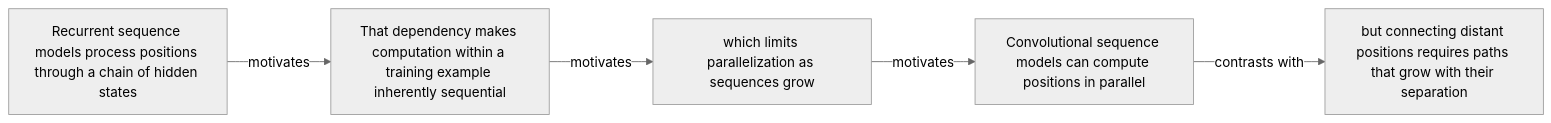
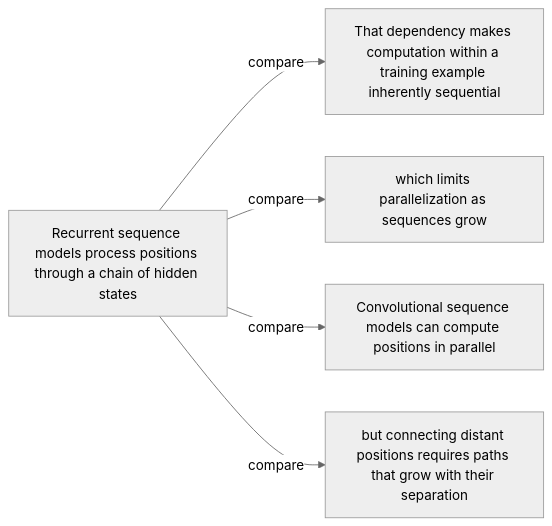
Before and after one commit to Betancourt1/paper_atlas: the first of 54 diagrams in docs/visual-manifests/VISUAL_MANIFEST_ATTENTION_IS_ALL_YOU_NEED.md, drawn with Mermaid (neutral theme). The commit also changed other lines of this file and 7 other files, not shown here.

````diff
--- a/docs/visual-manifests/VISUAL_MANIFEST_ATTENTION_IS_ALL_YOU_NEED.md
+++ b/docs/visual-manifests/VISUAL_MANIFEST_ATTENTION_IS_ALL_YOU_NEED.md
@@ -62,12 +64,12 @@
 ```mermaid
 flowchart LR
   n1["Recurrent sequence models process positions through a chain of hidden states"]
   n2["That dependency makes computation within a training example inherently sequential"]
   n3["which limits parallelization as sequences grow"]
   n4["Convolutional sequence models can compute positions in parallel"]
   n5["but connecting distant positions requires paths that grow with their separation"]
-  n1 -->|"motivates"| n2
-  n2 -->|"motivates"| n3
-  n3 -->|"motivates"| n4
-  n4 -->|"contrasts with"| n5
+  n1 -->|"compare"| n2
+  n1 -->|"compare"| n3
+  n1 -->|"compare"| n4
+  n1 -->|"compare"| n5
 ```
````
